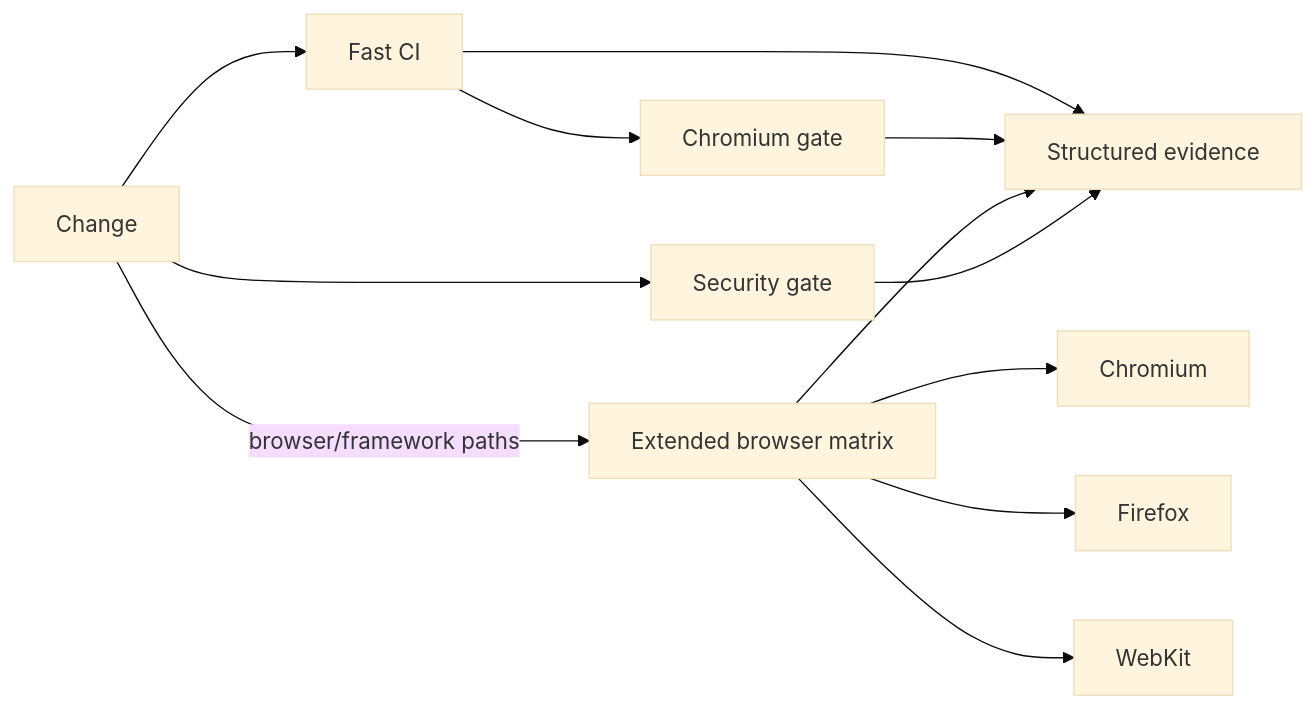
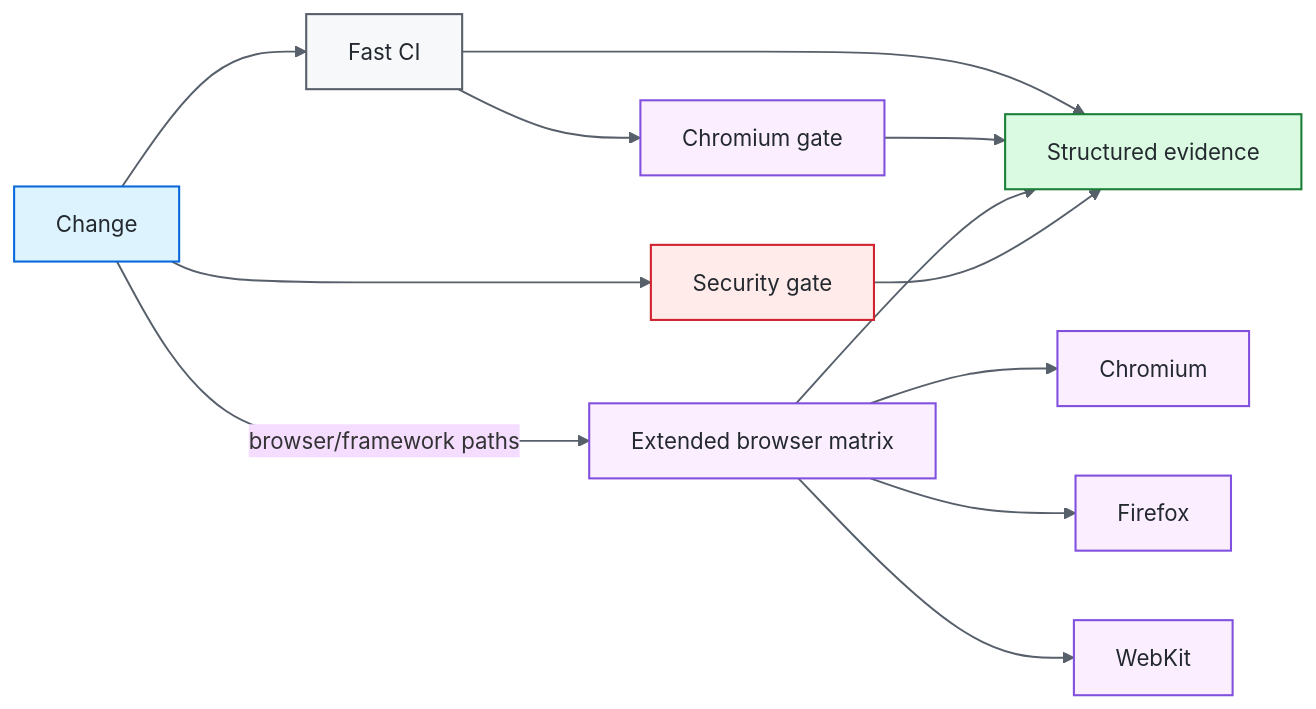
Before and after one commit to portyu9/qa-automation-python-pytest: the first of 3 diagrams in README.md, drawn with Mermaid (base theme). The commit also changed other lines of this file, not shown here.

Commit message:
Polish badges and Mermaid diagrams

````diff
--- a/README.md
+++ b/README.md
@@ -41,14 +37,26 @@
 ```mermaid
 flowchart LR
     CHANGE[Change] --> FAST[Fast CI]
     CHANGE --> SEC[Security gate]
     FAST --> BROWSER[Chromium gate]
     CHANGE -->|browser/framework paths| EXT[Extended browser matrix]
     EXT --> CH[Chromium]
     EXT --> FF[Firefox]
     EXT --> WK[WebKit]
     FAST --> OBS[Structured evidence]
     BROWSER --> OBS
     EXT --> OBS
     SEC --> OBS
+
+    classDef entry fill:#ddf4ff,stroke:#0969da,color:#24292f,stroke-width:1.5px;
+    classDef core fill:#f6f8fa,stroke:#57606a,color:#24292f,stroke-width:1.5px;
+    classDef gate fill:#fbefff,stroke:#8250df,color:#24292f,stroke-width:1.5px;
+    classDef evidence fill:#dafbe1,stroke:#1a7f37,color:#24292f,stroke-width:1.5px;
+    classDef security fill:#ffebe9,stroke:#cf222e,color:#24292f,stroke-width:1.5px;
+    class CHANGE entry;
+    class FAST core;
+    class BROWSER,EXT,CH,FF,WK gate;
+    class SEC security;
+    class OBS evidence;
+    linkStyle default stroke:#57606a,stroke-width:1.4px;
 ```
````
